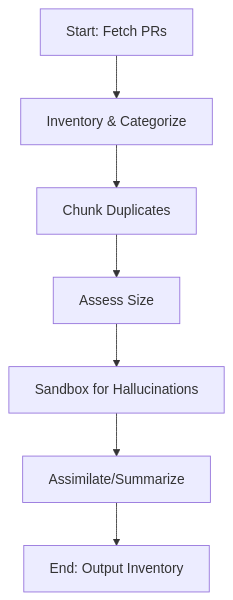
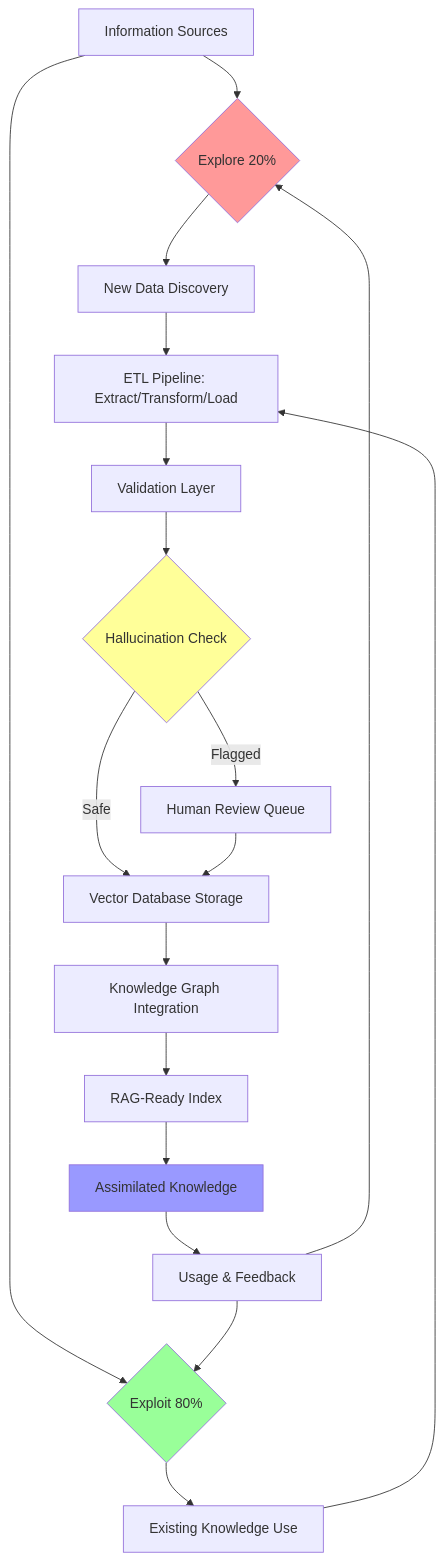
One commit to TTaoGaming/Hive-Fleet-Obsidian-2025 changed the first of 7 diagrams in hfo_research_doc/assimilator_research.md. Above: the diagram before and after it, drawn with Mermaid. The commit also changed other lines of this file, not shown here.

````diff
--- a/hfo_research_doc/assimilator_research.md
+++ b/hfo_research_doc/assimilator_research.md
@@ -15,9 +25,25 @@
 ```mermaid
 graph TD
-    A[Start: Fetch PRs] --> B[Inventory & Categorize]
-    B --> C[Chunk Duplicates]
-    C --> D[Assess Size]
-    D --> E[Sandbox for Hallucinations]
-    E --> F[Assimilate/Summarize]
-    F --> G[End: Output Inventory]
+    A[Information Sources] --> B{Explore 20%}
+    A --> C{Exploit 80%}
+    B --> D[New Data Discovery]
+    C --> E[Existing Knowledge Use]
+    D --> F[ETL Pipeline: Extract/Transform/Load]
+    E --> F
+    F --> G[Validation Layer]
+    G --> H{Hallucination Check}
+    H -->|Safe| I[Vector Database Storage]
+    H -->|Flagged| J[Human Review Queue]
+    J --> I
+    I --> K[Knowledge Graph Integration]
+    K --> L[RAG-Ready Index]
+    L --> M[Assimilated Knowledge]
+    M --> N[Usage & Feedback]
+    N --> B
+    N --> C
+    
+    style B fill:#ff9999
+    style C fill:#99ff99
+    style H fill:#ffff99
+    style M fill:#9999ff
 ```
````
